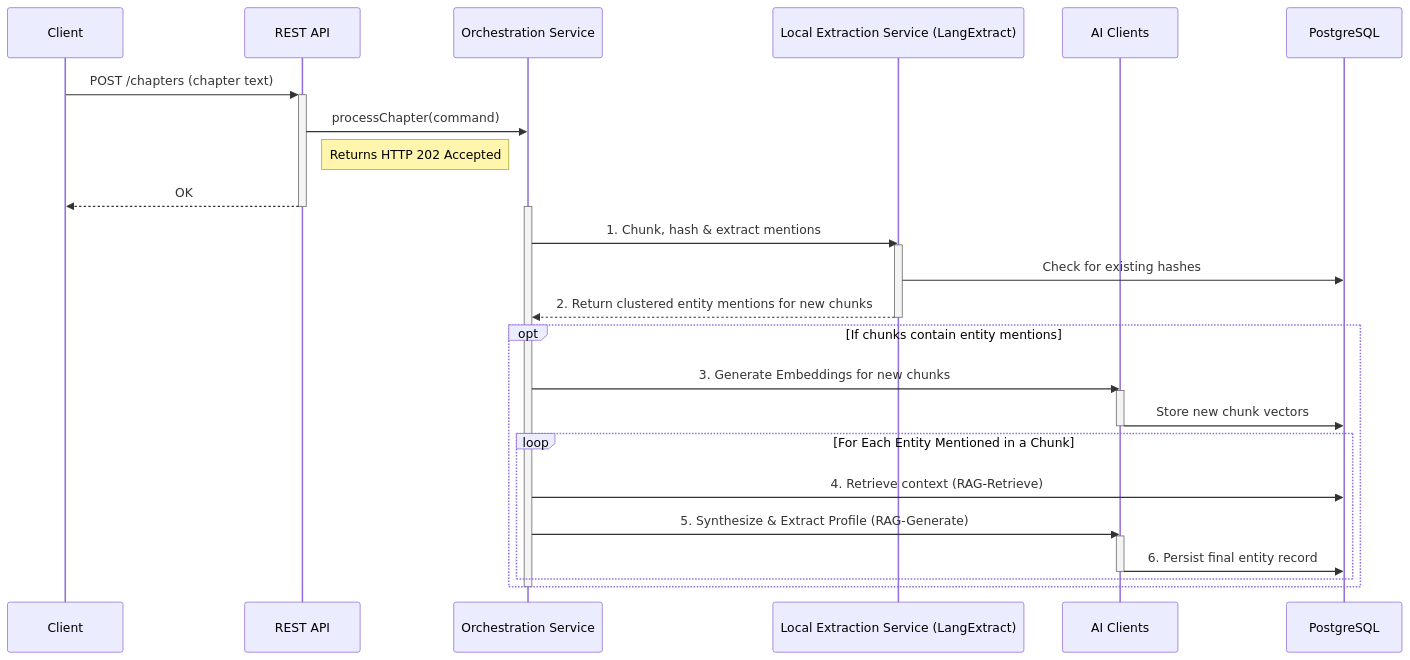
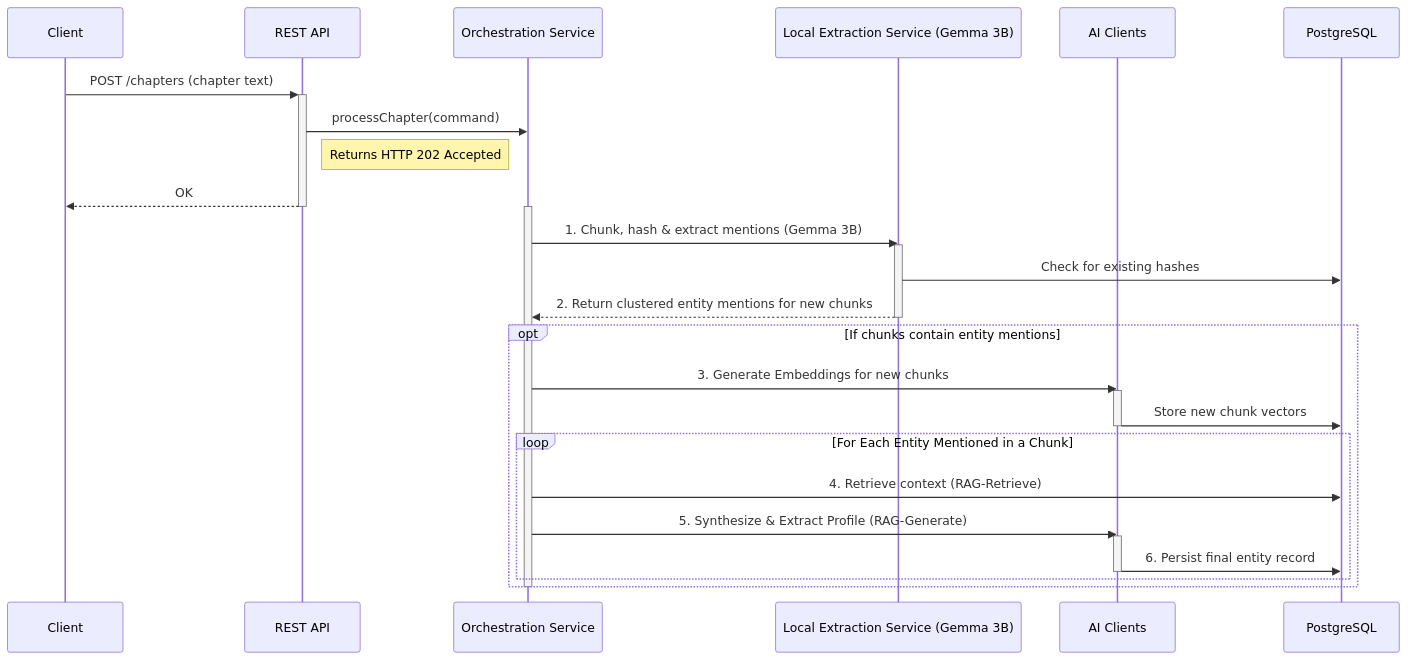
One commit to chaixdev/lorevault-kb changed the fourth of 5 diagrams in docs/architecture.md. Above: the diagram before and after it, drawn with Mermaid. The commit also changed other lines of this file and 14 other files, not shown here.

````diff
--- a/docs/architecture.md
+++ b/docs/architecture.md
@@ -200,37 +202,37 @@
 ```mermaid
 sequenceDiagram
     participant Client
     participant API as REST API
     participant OS as Orchestration Service
-    participant LEFS as Local Extraction Service (LangExtract)
+    participant LEFS as Local Extraction Service (Gemma 3B)
     participant AC as AI Clients
     participant DB as PostgreSQL
 
     Client->>+API: POST /chapters (chapter text)
     API->>OS: processChapter(command)
     Note right of API: Returns HTTP 202 Accepted
     API-->>-Client: OK
     
     activate OS
-    OS->>LEFS: 1. Chunk, hash & extract mentions
+    OS->>LEFS: 1. Chunk, hash & extract mentions (Gemma 3B)
     activate LEFS
     LEFS->>DB: Check for existing hashes
     LEFS-->>OS: 2. Return clustered entity mentions for new chunks
     deactivate LEFS
 
     opt If chunks contain entity mentions
         OS->>AC: 3. Generate Embeddings for new chunks
         activate AC
         AC->>DB: Store new chunk vectors
         deactivate AC
         
         loop For Each Entity Mentioned in a Chunk
             OS->>DB: 4. Retrieve context (RAG-Retrieve)
             OS->>AC: 5. Synthesize & Extract Profile (RAG-Generate)
             activate AC
             AC->>DB: 6. Persist final entity record
             deactivate AC
         end
     end
     deactivate OS
 ```
````
